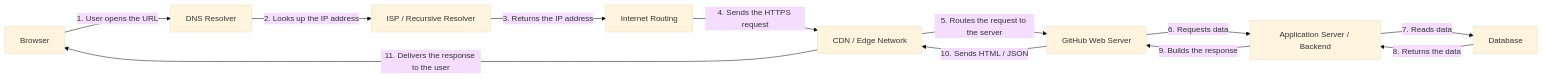
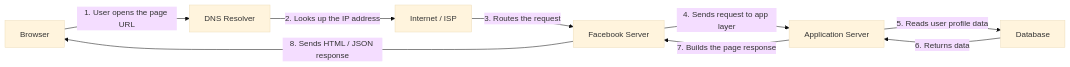
Before and after one commit to ASaber33/web-request-diagram: the diagram in README.md, drawn with Mermaid (base theme). The commit also changed other lines of this file and 1 other file, not shown here.

Commit message:
Update project to Facebook request flow

````diff
--- a/README.md
+++ b/README.md
@@ -7,14 +7,11 @@
 ```mermaid
 graph LR
-    A[Browser] -->|1. User opens the URL| B[DNS Resolver]
-    B -->|2. Looks up the IP address| C[ISP / Recursive Resolver]
-    C -->|3. Returns the IP address| D[Internet Routing]
-    D -->|4. Sends the HTTPS request| E[CDN / Edge Network]
-    E -->|5. Routes the request to the server| F[GitHub Web Server]
-    F -->|6. Requests data| G[Application Server / Backend]
-    G -->|7. Reads data| H[Database]
-    H -->|8. Returns the data| G
-    G -->|9. Builds the response| F
-    F -->|10. Sends HTML / JSON| E
-    E -->|11. Delivers the response to the user| A
+    A[Browser] -->|1. User opens the page URL| B[DNS Resolver]
+    B -->|2. Looks up the IP address| C[Internet / ISP]
+    C -->|3. Routes the request| D[Facebook Server]
+    D -->|4. Sends request to app layer| E[Application Server]
+    E -->|5. Reads user profile data| F[Database]
+    F -->|6. Returns data| E
+    E -->|7. Builds the page response| D
+    D -->|8. Sends HTML / JSON response| A
 ```
````
